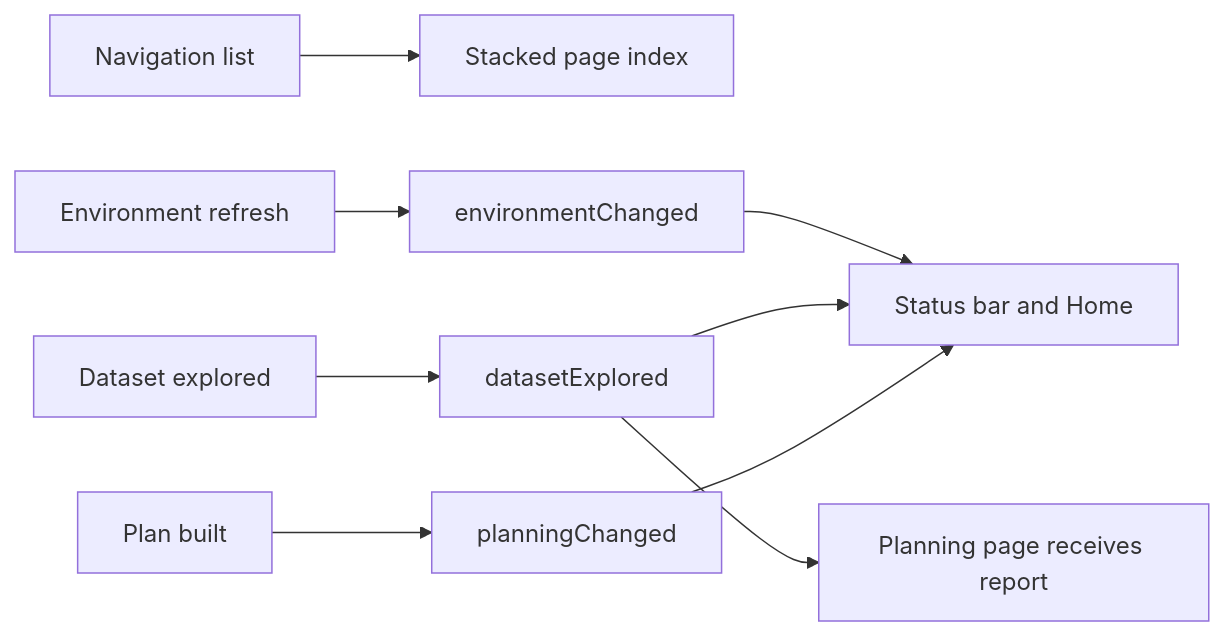
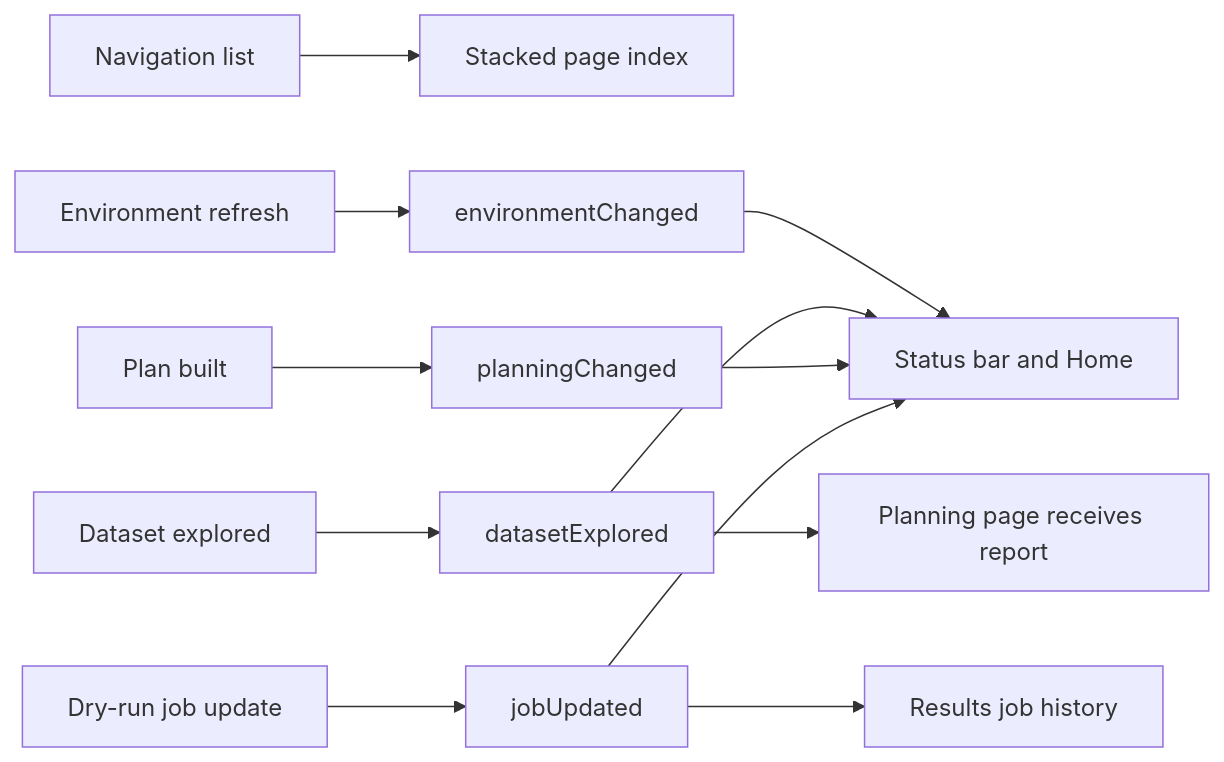
Before and after one commit to sticholas/pyforestscan-qgis: the second of 2 diagrams in docs/ui/MISSION_CONTROL.md, drawn with Mermaid. The commit also changed other lines of this file and 10 other files, not shown here.

Commit message:
Phase 8A: Implement dry-run job execution framework

````diff
--- a/docs/ui/MISSION_CONTROL.md
+++ b/docs/ui/MISSION_CONTROL.md
@@ -45,11 +48,14 @@
 ```mermaid
 flowchart LR
     A["Navigation list"] --> B["Stacked page index"]
     C["Environment refresh"] --> D["environmentChanged"]
     E["Dataset explored"] --> F["datasetExplored"]
     F --> G["Planning page receives report"]
     H["Plan built"] --> I["planningChanged"]
+    K["Dry-run job update"] --> L["jobUpdated"]
     D --> J["Status bar and Home"]
     F --> J
     I --> J
+    L --> J
+    L --> M["Results job history"]
 ```
````
